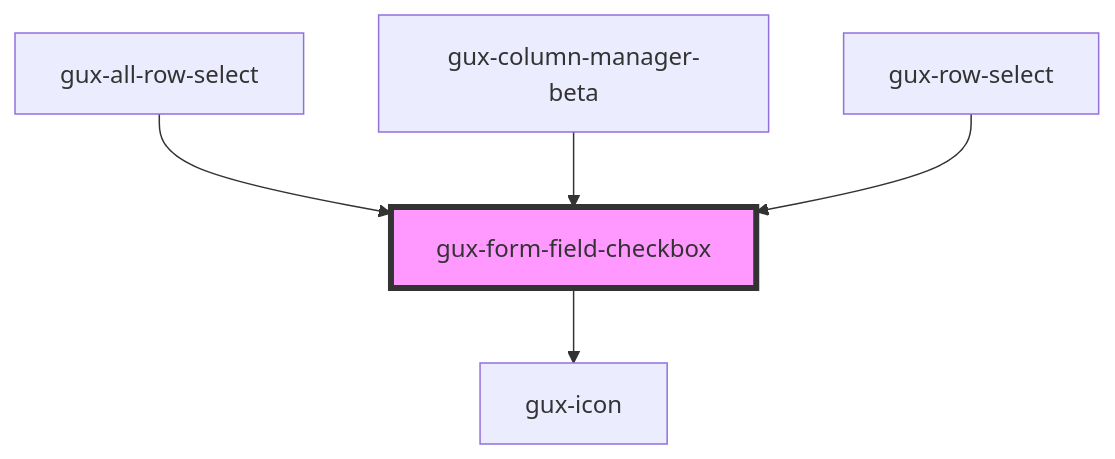
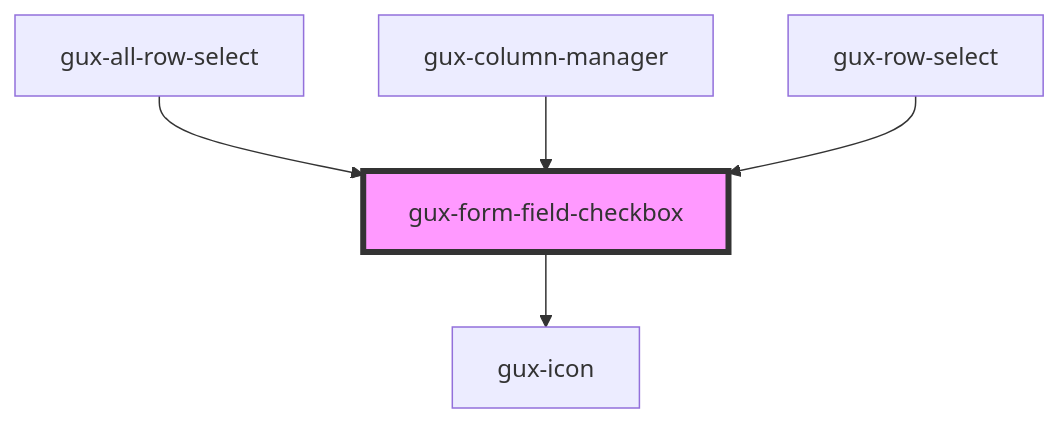
The diagram in packages/genesys-spark-components/src/components/stable/gux-form-field/components/gux-form-field-checkbox/readme.md (MyPureCloud/genesys-spark), drawn with Mermaid before and after one commit. The commit also changed other lines of this file and 20 other files, not shown here.

First line of the commit message:
refactor(column-manager): moved from beta to stable

````diff
--- a/packages/genesys-spark-components/src/components/stable/gux-form-field/components/gux-form-field-checkbox/readme.md
+++ b/packages/genesys-spark-components/src/components/stable/gux-form-field/components/gux-form-field-checkbox/readme.md
@@ -31,8 +31,8 @@
 ```mermaid
 graph TD;
   gux-form-field-checkbox --> gux-icon
   gux-all-row-select --> gux-form-field-checkbox
-  gux-column-manager-beta --> gux-form-field-checkbox
+  gux-column-manager --> gux-form-field-checkbox
   gux-row-select --> gux-form-field-checkbox
   style gux-form-field-checkbox fill:#f9f,stroke:#333,stroke-width:4px
 ```
````
